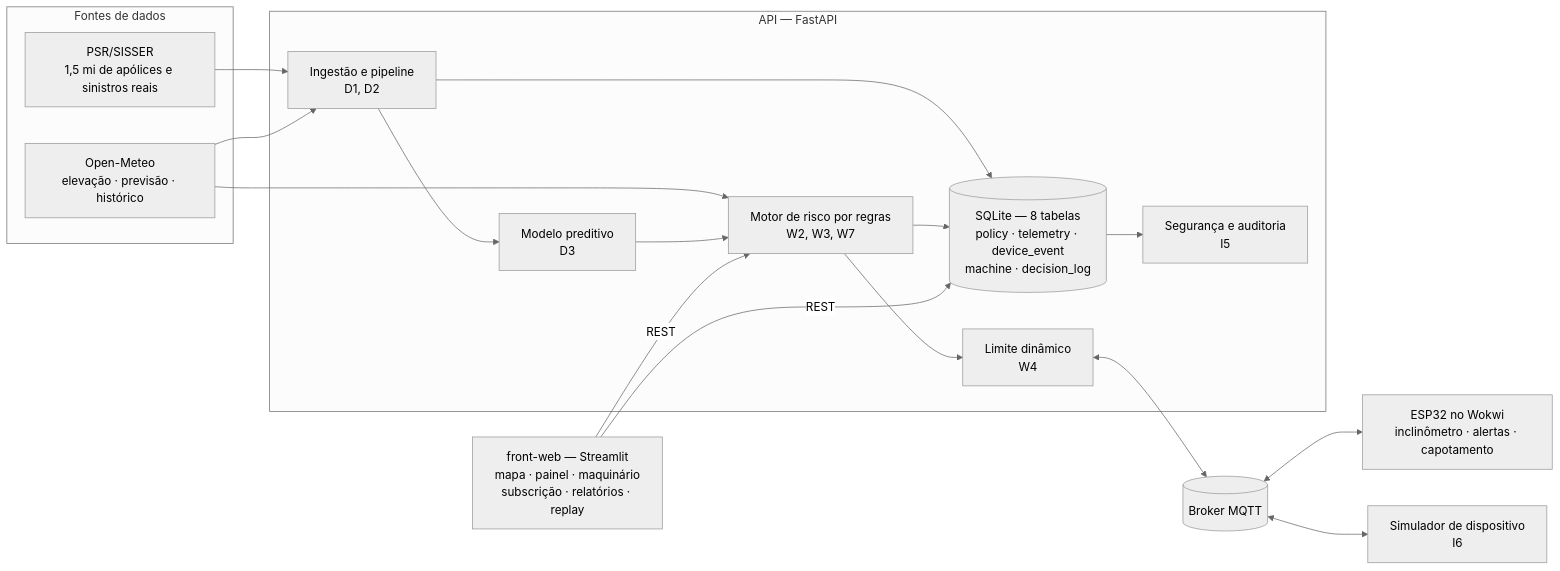
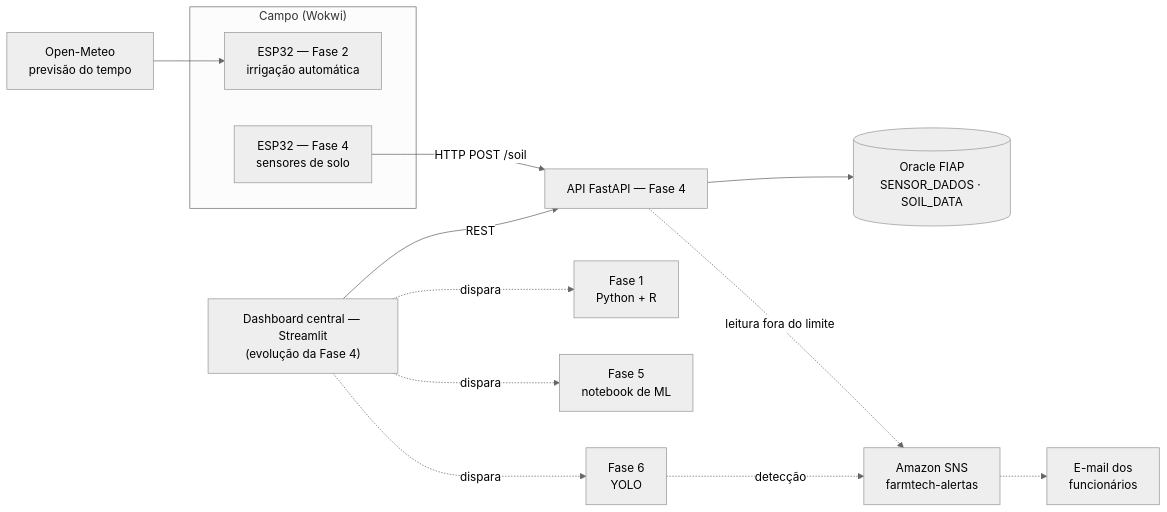
One commit to FiapGrupoEntregas/Cap-1---A-consolida-o-de-um-sistema changed the diagram in README.md. Above: the diagram before and after it, drawn with Mermaid (neutral theme). The commit also changed other lines of this file and 19 other files, not shown here.

````diff
--- a/README.md
+++ b/README.md
@@ -54,32 +81,26 @@
 ```mermaid
 flowchart LR
-    subgraph Fontes["Fontes de dados"]
-        OM["Open-Meteo<br/>elevação · previsão · histórico"]
-        PSR["PSR/SISSER<br/>1,5 mi de apólices e sinistros reais"]
+    subgraph Campo["Campo (Wokwi)"]
+        ESP2["ESP32 — Fase 2<br/>irrigação automática"]
+        ESP4["ESP32 — Fase 4<br/>sensores de solo"]
     end
-    subgraph Servidor["API — FastAPI"]
-        ING["Ingestão e pipeline<br/>D1, D2"]
-        MOD["Modelo preditivo<br/>D3"]
-        RISK["Motor de risco por regras<br/>W2, W3, W7"]
-        LIM["Limite dinâmico<br/>W4"]
-        SEC["Segurança e auditoria<br/>I5"]
-        DB[("SQLite — 8 tabelas<br/>policy · telemetry · device_event<br/>machine · decision_log")]
-    end
-    WEB["front-web — Streamlit<br/>mapa · painel · maquinário<br/>subscrição · relatórios · replay"]
-    BR[("Broker MQTT")]
-    ESP["ESP32 no Wokwi<br/>inclinômetro · alertas · capotamento"]
-    SIM["Simulador de dispositivo<br/>I6"]
+    OM["Open-Meteo<br/>previsão do tempo"]
+    API["API FastAPI — Fase 4"]
+    ORA[("Oracle FIAP<br/>SENSOR_DADOS · SOIL_DATA")]
+    DASH["Dashboard central — Streamlit<br/>(evolução da Fase 4)"]
+    F1["Fase 1<br/>Python + R"]
+    F5["Fase 5<br/>notebook de ML"]
+    F6["Fase 6<br/>YOLO"]
+    SNS["Amazon SNS<br/>farmtech-alertas"]
+    MAIL["E-mail dos<br/>funcionários"]
 
-    PSR --> ING --> DB
-    OM --> RISK
-    OM --> ING
-    ING --> MOD --> RISK
-    RISK --> LIM
-    RISK --> DB
-    LIM <--> BR
-    BR <--> ESP
-    BR <--> SIM
-    DB --> SEC
-    WEB -->|REST| RISK
-    WEB -->|REST| DB
+    OM --> ESP2
+    ESP4 -->|HTTP POST /soil| API --> ORA
+    DASH -->|REST| API
+    DASH -.->|dispara| F1
+    DASH -.->|dispara| F5
+    DASH -.->|dispara| F6
+    API -.->|leitura fora do limite| SNS
+    F6 -.->|detecção| SNS
+    SNS -.-> MAIL
 ```
````
